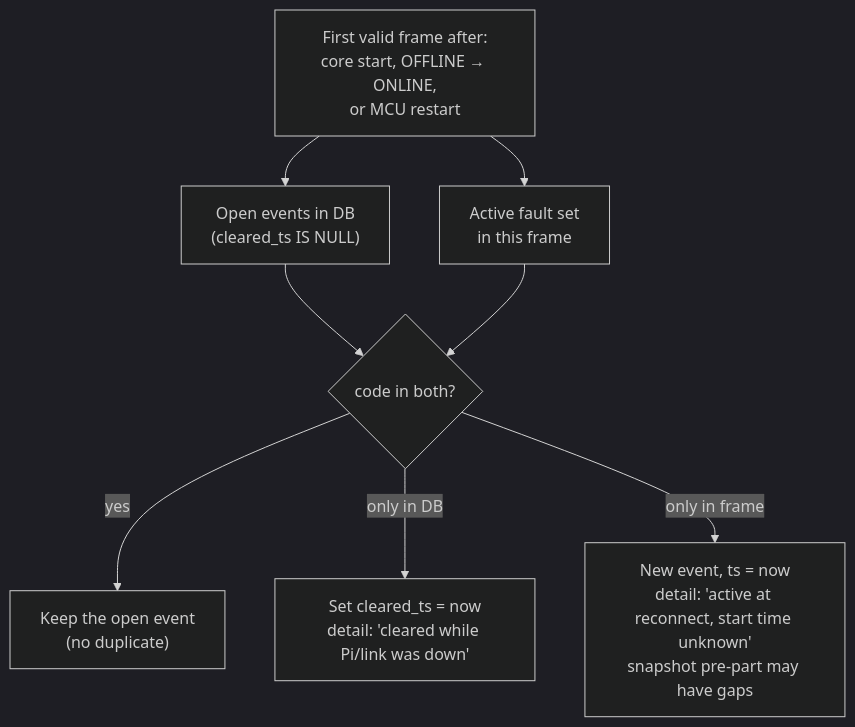
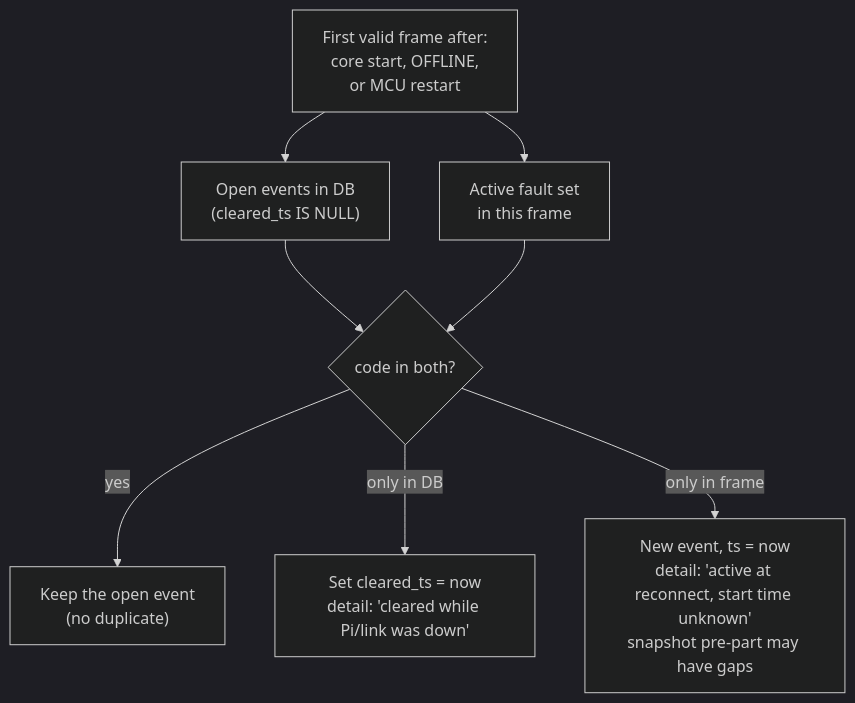
The second of 3 diagrams in docs/design/fault-handling.md (jjpreuser/Operation-Dont-blow-please), drawn with Mermaid (dark theme) before and after one commit. The commit also changed other lines of this file and 5 other files, not shown here.

````diff
--- a/docs/design/fault-handling.md
+++ b/docs/design/fault-handling.md
@@ -74,10 +106,10 @@
 ```mermaid
 flowchart TB
-    A["First valid frame after:<br/>core start, OFFLINE → ONLINE,<br/>or MCU restart"] --> B["Open events in DB<br/>(cleared_ts IS NULL)"]
+    A["First valid frame after:<br/>core start, OFFLINE,<br/>or MCU restart"] --> B["Open events in DB<br/>(cleared_ts IS NULL)"]
     A --> C["Active fault set<br/>in this frame"]
     B --> D{"code in both?"}
     C --> D
     D -- "yes" --> E["Keep the open event<br/>(no duplicate)"]
     D -- "only in DB" --> F["Set cleared_ts = now<br/>detail: 'cleared while Pi/link was down'"]
     D -- "only in frame" --> G["New event, ts = now<br/>detail: 'active at reconnect, start time unknown'<br/>snapshot pre-part may have gaps"]
 ```
````
